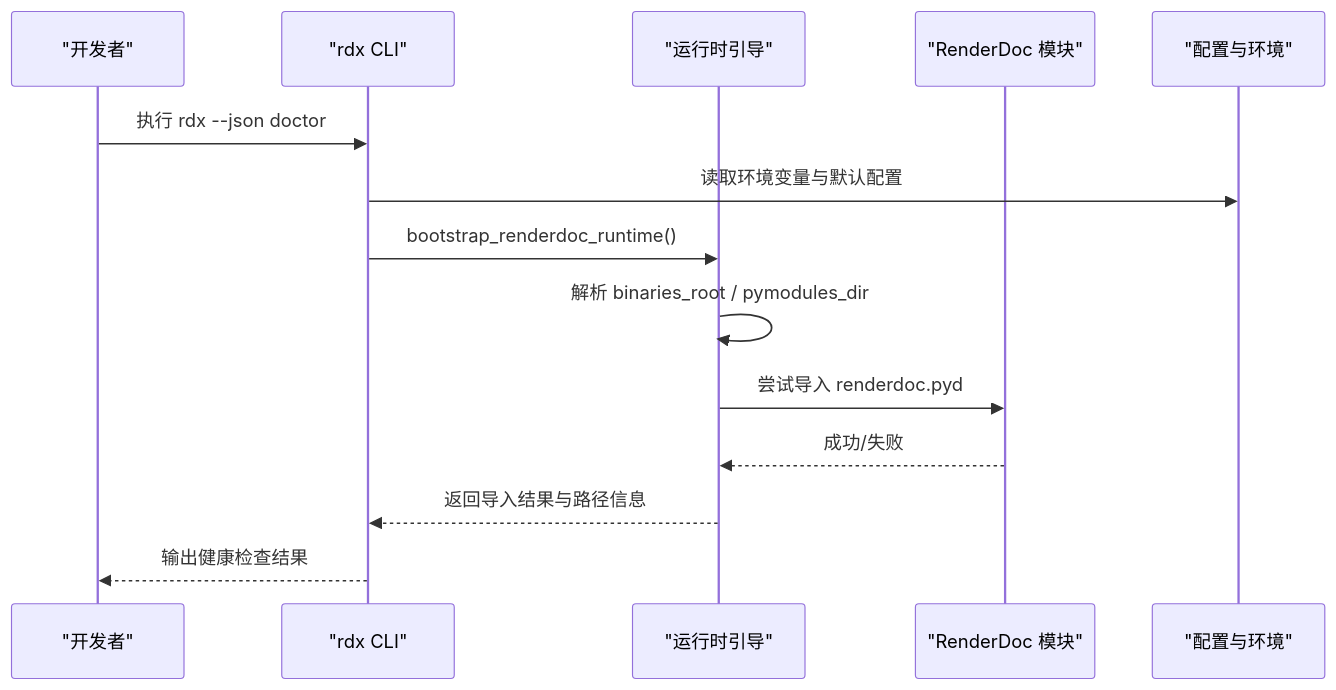
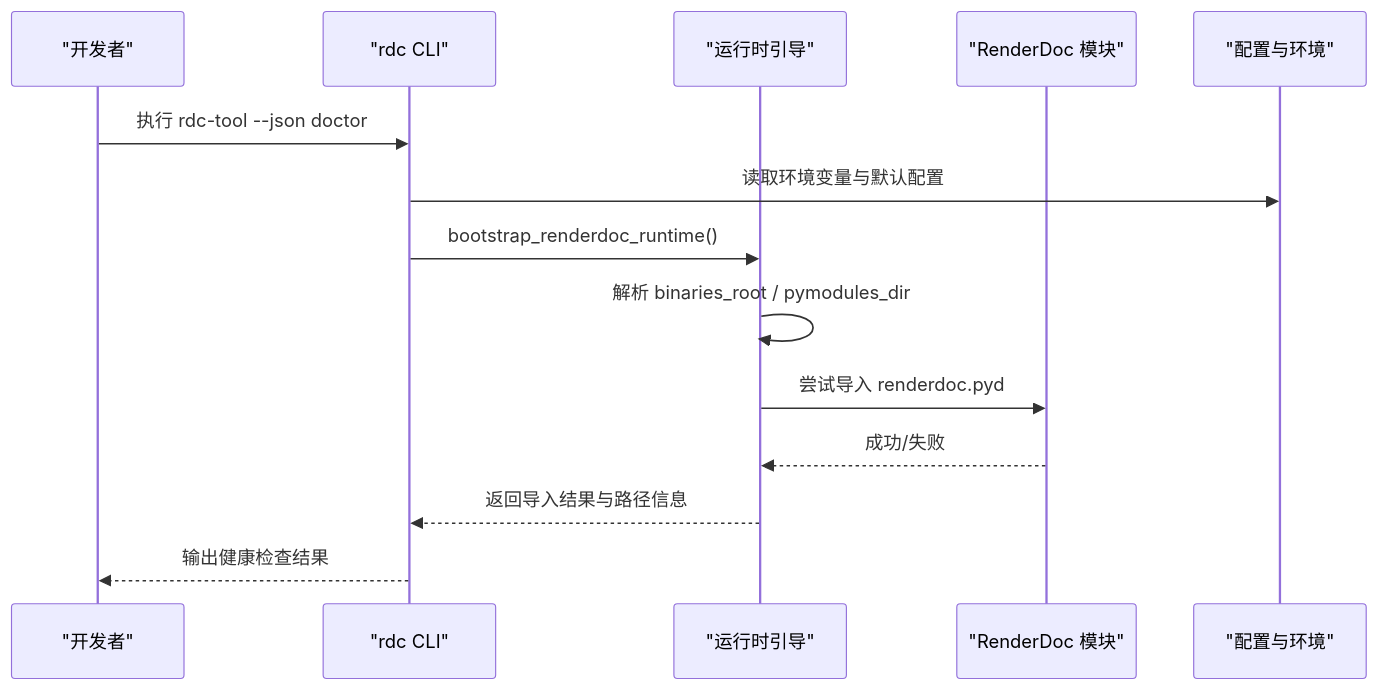
Before and after one commit to haolange/RDC-Tool: the second of 3 diagrams in .qoder/repowiki/zh/content/开发指南/开发环境搭建.md, drawn with Mermaid. The commit also changed other lines of this file and 388 other files, not shown here.

First line of the commit message:
Release RDC-Tool identity and public maintenance surface

````diff
--- a/.qoder/repowiki/zh/content/开发指南/开发环境搭建.md
+++ b/.qoder/repowiki/zh/content/开发指南/开发环境搭建.md
@@ -90,16 +90,16 @@
 ```mermaid
 sequenceDiagram
 participant Dev as "开发者"
-participant CLI as "rdx CLI"
+participant CLI as "rdc CLI"
 participant Boot as "运行时引导"
 participant RD as "RenderDoc 模块"
 participant CFG as "配置与环境"
-Dev->>CLI : 执行 rdx --json doctor
+Dev->>CLI : 执行 rdc-tool --json doctor
 CLI->>CFG : 读取环境变量与默认配置
 CLI->>Boot : bootstrap_renderdoc_runtime()
 Boot->>Boot : 解析 binaries_root / pymodules_dir
 Boot->>RD : 尝试导入 renderdoc.pyd
 RD-->>Boot : 成功/失败
 Boot-->>CLI : 返回导入结果与路径信息
 CLI-->>Dev : 输出健康检查结果
 ```
````
